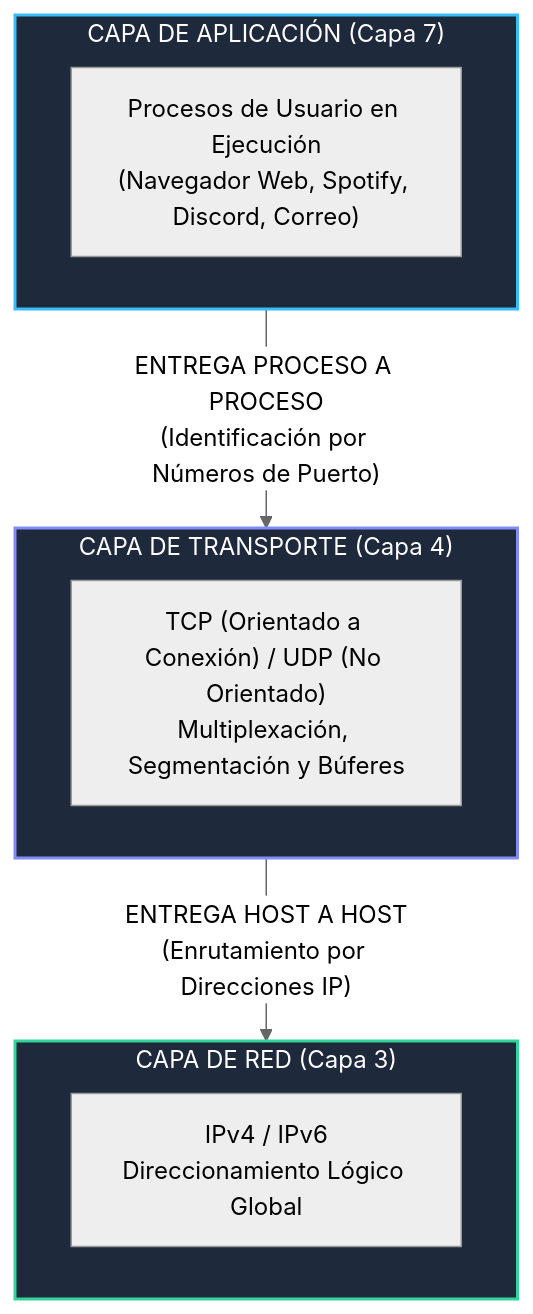
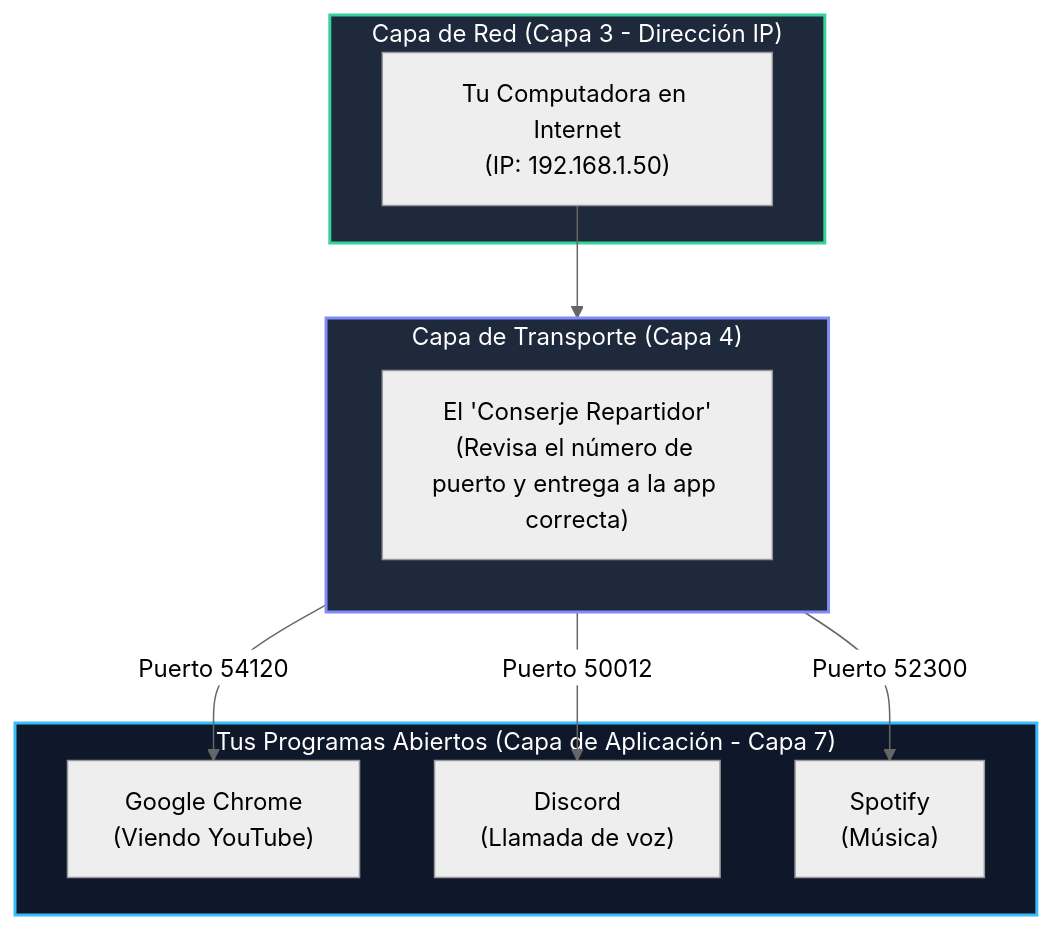
Before and after one commit to ch4rf/redes-computadoras: the first of 4 diagrams in Teoria/Modulo_1_Capa_Transporte/01_Fundamentos_Capa_Transporte.md, drawn with Mermaid (neutral theme). The commit also changed other lines of this file and 14 other files, not shown here.

````diff
--- a/Teoria/Modulo_1_Capa_Transporte/01_Fundamentos_Capa_Transporte.md
+++ b/Teoria/Modulo_1_Capa_Transporte/01_Fundamentos_Capa_Transporte.md
@@ -9,22 +34,25 @@
 ```mermaid
 flowchart TD
-    subgraph L7 ["CAPA DE APLICACIÓN (Capa 7)"]
-        A1["Procesos de Usuario en Ejecución<br/>(Navegador Web, Spotify, Discord, Correo)"]
+    subgraph APPS ["Tus Programas Abiertos (Capa de Aplicación - Capa 7)"]
+        Chrome["Google Chrome<br/>(Viendo YouTube)"]
+        Discord["Discord<br/>(Llamada de voz)"]
+        Spotify["Spotify<br/>(Música)"]
     end
 
-    L7 -->|"ENTREGA PROCESO A PROCESO<br/>(Identificación por Números de Puerto)"| L4
-
-    subgraph L4 ["CAPA DE TRANSPORTE (Capa 4)"]
-        T1["TCP (Orientado a Conexión) / UDP (No Orientado)<br/>Multiplexación, Segmentación y Búferes"]
+    subgraph TRANSPORTE ["Capa de Transporte (Capa 4)"]
+        Mux["El 'Conserje Repartidor'<br/>(Revisa el número de puerto y entrega a la app correcta)"]
     end
 
-    L4 -->|"ENTREGA HOST A HOST<br/>(Enrutamiento por Direcciones IP)"| L3
-
-    subgraph L3 ["CAPA DE RED (Capa 3)"]
-        R1["IPv4 / IPv6<br/>Direccionamiento Lógico Global"]
+    subgraph RED ["Capa de Red (Capa 3 - Dirección IP)"]
+        IP["Tu Computadora en Internet<br/>(IP: 192.168.1.50)"]
     end
 
-    style L7 fill:#1e293b,stroke:#38bdf8,stroke-width:2px,color:#fff
-    style L4 fill:#1e293b,stroke:#818cf8,stroke-width:2px,color:#fff
-    style L3 fill:#1e293b,stroke:#34d399,stroke-width:2px,color:#fff
+    IP --> TRANSPORTE
+    TRANSPORTE -->|"Puerto 54120"| Chrome
+    TRANSPORTE -->|"Puerto 50012"| Discord
+    TRANSPORTE -->|"Puerto 52300"| Spotify
+
+    style APPS fill:#0f172a,stroke:#38bdf8,stroke-width:2px,color:#fff
+    style TRANSPORTE fill:#1e293b,stroke:#818cf8,stroke-width:2px,color:#fff
+    style RED fill:#1e293b,stroke:#34d399,stroke-width:2px,color:#fff
 ```
````
